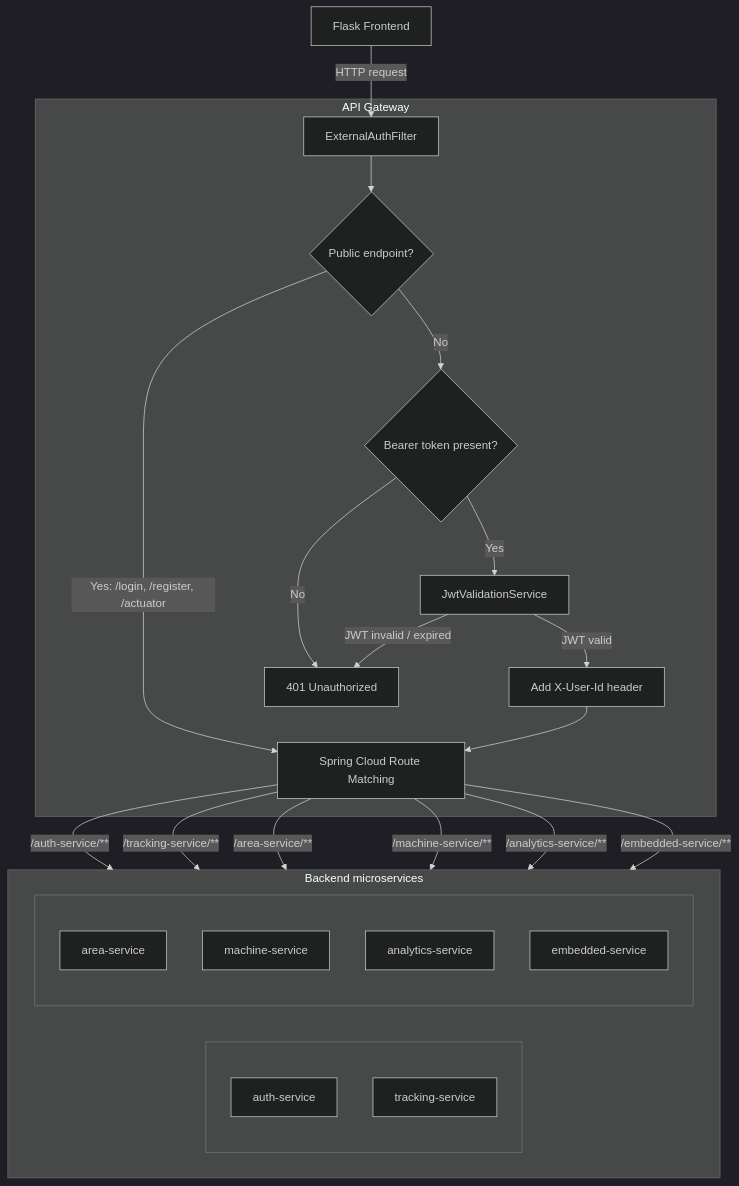
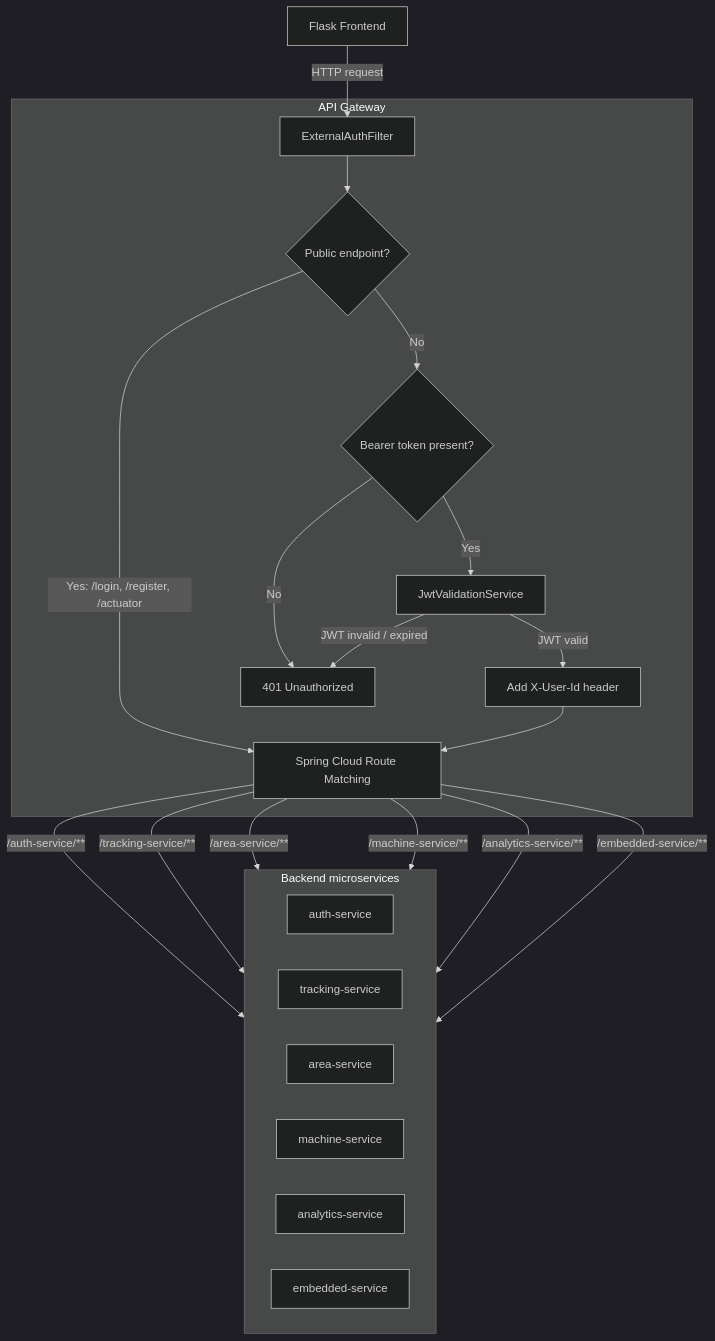
The third of 10 diagrams in docs/report/Implementation.md (piertv21/SmartGym-Monitor), drawn with Mermaid (dark theme) before and after one commit. The commit also changed other lines of this file and 6 other files, not shown here.

````diff
--- a/docs/report/Implementation.md
+++ b/docs/report/Implementation.md
@@ -84,42 +86,34 @@
 ```mermaid
 flowchart TD
     Client["Flask Frontend"] -->|"HTTP request"| EAF["ExternalAuthFilter"]
 
     subgraph Gateway["API Gateway"]
         EAF --> PUB{"Public endpoint?"}
         PUB -->|"Yes: /login, /register, /actuator"| ROUTE["Spring Cloud Route Matching"]
         PUB -->|"No"| AUTHH{"Bearer token present?"}
 
         AUTHH -->|"No"| REJECT["401 Unauthorized"]
         AUTHH -->|"Yes"| JVS["JwtValidationService"]
 
         JVS -->|"JWT invalid / expired"| REJECT
         JVS -->|"JWT valid"| USER["Add X-User-Id header"]
         USER --> ROUTE
     end
 
     subgraph Services["Backend microservices"]
         direction LR
-
-        subgraph Left[" "]
-            direction TB
-            AUTH["auth-service"]
-            TRK["tracking-service"]
-        end
-
-        subgraph Right[" "]
-            direction TB
-            AREA["area-service"]
-            MACH["machine-service"]
-            ANA["analytics-service"]
-            EMB["embedded-service"]
-        end
+        AUTH["auth-service"]
+        TRK["tracking-service"]
+        AREA["area-service"]
+        MACH["machine-service"]
+        ANA["analytics-service"]
+        EMB["embedded-service"]
     end
 
     ROUTE -->|"/auth-service/**"| AUTH
     ROUTE -->|"/tracking-service/**"| TRK
     ROUTE -->|"/area-service/**"| AREA
     ROUTE -->|"/machine-service/**"| MACH
     ROUTE -->|"/analytics-service/**"| ANA
     ROUTE -->|"/embedded-service/**"| EMB
 ```
````
